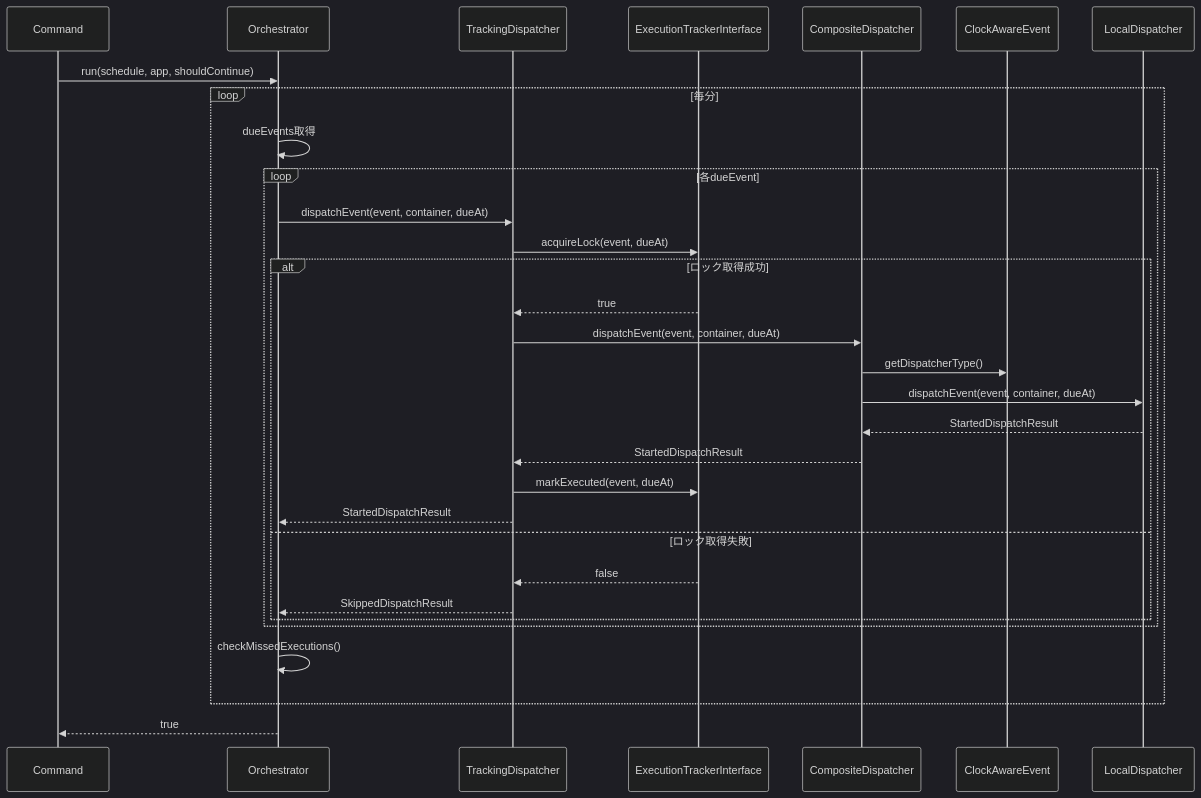
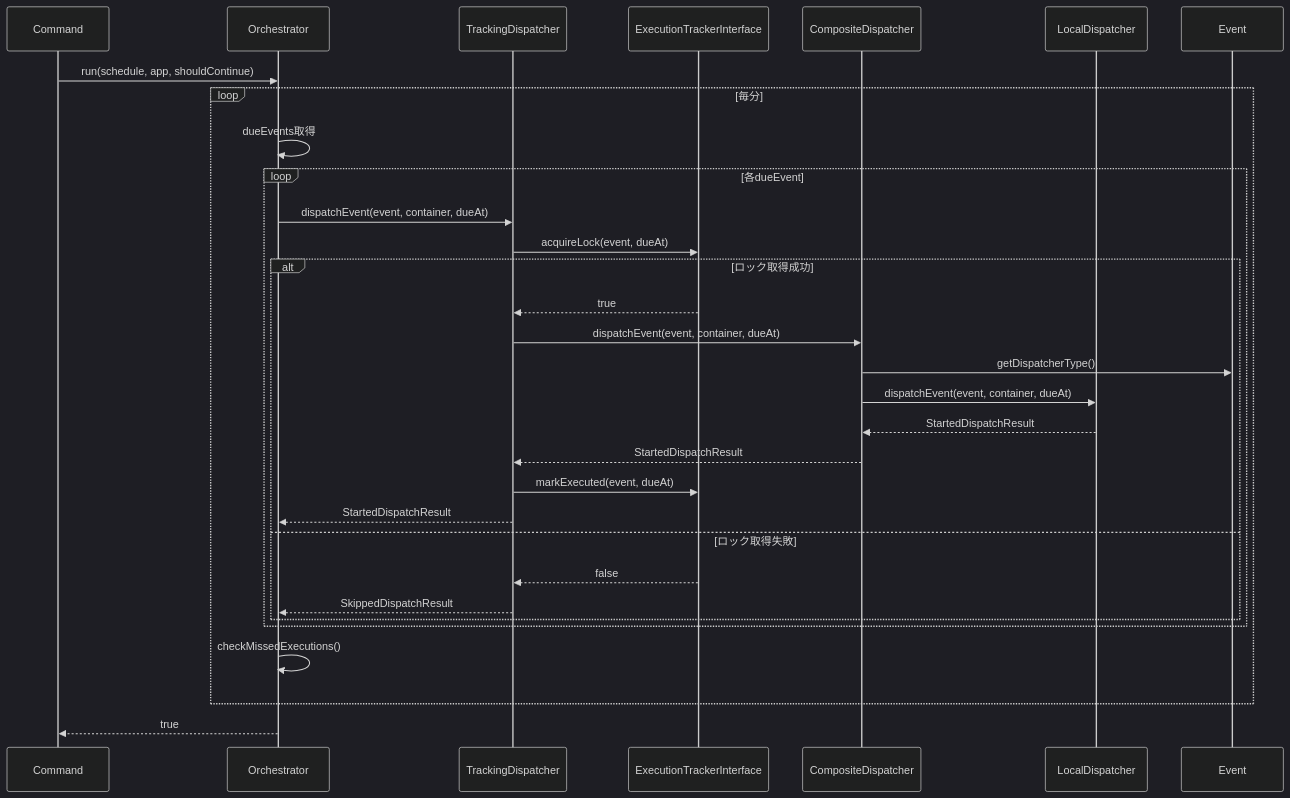
One commit to rakkofield/laravel-graceful-schedule-worker changed the second of 4 diagrams in docs/internals/DESIGN.ja.md. Above: the diagram before and after it, drawn with Mermaid (dark theme). The commit also changed other lines of this file and 101 other files, not shown here.

````diff
--- a/docs/internals/DESIGN.ja.md
+++ b/docs/internals/DESIGN.ja.md
@@ -441,36 +483,35 @@
 ```mermaid
 sequenceDiagram
     participant Cmd as Command
     participant Orch as Orchestrator
     participant TDisp as TrackingDispatcher
     participant Track as ExecutionTrackerInterface
     participant Comp as CompositeDispatcher
-    participant Event as ClockAwareEvent
     participant Local as LocalDispatcher
 
     Cmd->>Orch: run(schedule, app, shouldContinue)
 
     loop 毎分
         Orch->>Orch: dueEvents取得
         loop 各dueEvent
             Orch->>TDisp: dispatchEvent(event, container, dueAt)
             TDisp->>Track: acquireLock(event, dueAt)
             alt ロック取得成功
                 Track-->>TDisp: true
                 TDisp->>Comp: dispatchEvent(event, container, dueAt)
                 Comp->>Event: getDispatcherType()
                 Comp->>Local: dispatchEvent(event, container, dueAt)
                 Local-->>Comp: StartedDispatchResult
                 Comp-->>TDisp: StartedDispatchResult
                 TDisp->>Track: markExecuted(event, dueAt)
                 TDisp-->>Orch: StartedDispatchResult
             else ロック取得失敗
                 Track-->>TDisp: false
                 TDisp-->>Orch: SkippedDispatchResult
             end
         end
         Orch->>Orch: checkMissedExecutions()
     end
 
     Orch-->>Cmd: true
 ```
````
